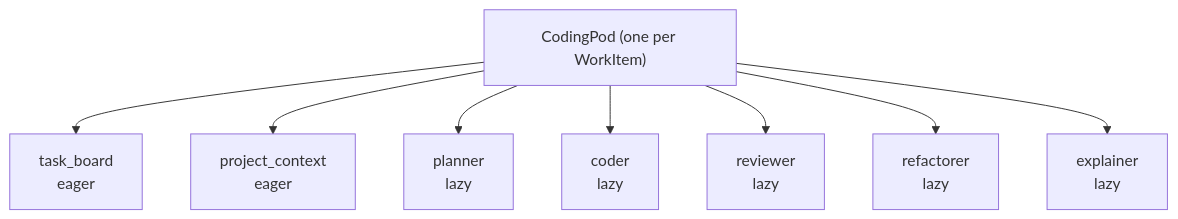
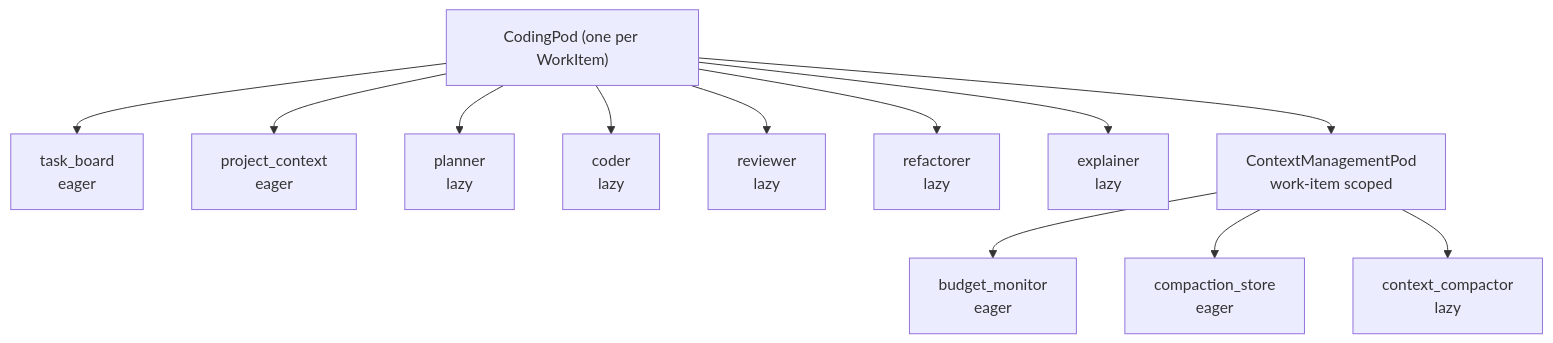
Before and after one commit to agentjido/jido_code: the first of 2 diagrams in docs/developer/04-coding-pod-and-specialist-workflows.md, drawn with Mermaid. The commit also changed other lines of this file and 25 other files, not shown here.

First line of the commit message:
[codex] Add CodingPod context management pod (#194)

````diff
--- a/docs/developer/04-coding-pod-and-specialist-workflows.md
+++ b/docs/developer/04-coding-pod-and-specialist-workflows.md
@@ -23,11 +24,15 @@
 ```mermaid
 flowchart TD
   POD["CodingPod (one per WorkItem)"]
   POD --> TB["task_board<br/>eager"]
   POD --> PC["project_context<br/>eager"]
   POD --> PL["planner<br/>lazy"]
   POD --> CD["coder<br/>lazy"]
   POD --> RV["reviewer<br/>lazy"]
   POD --> RF["refactorer<br/>lazy"]
   POD --> EX["explainer<br/>lazy"]
+  POD --> CMP["ContextManagementPod<br/>work-item scoped"]
+  CMP --> BM["budget_monitor<br/>eager"]
+  CMP --> CS["compaction_store<br/>eager"]
+  CMP --> CC["context_compactor<br/>lazy"]
 ```
````
